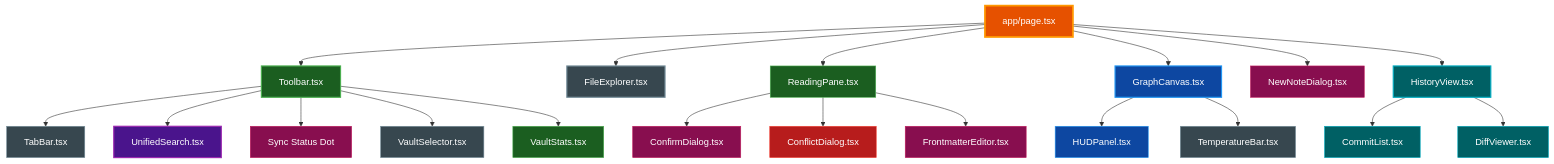
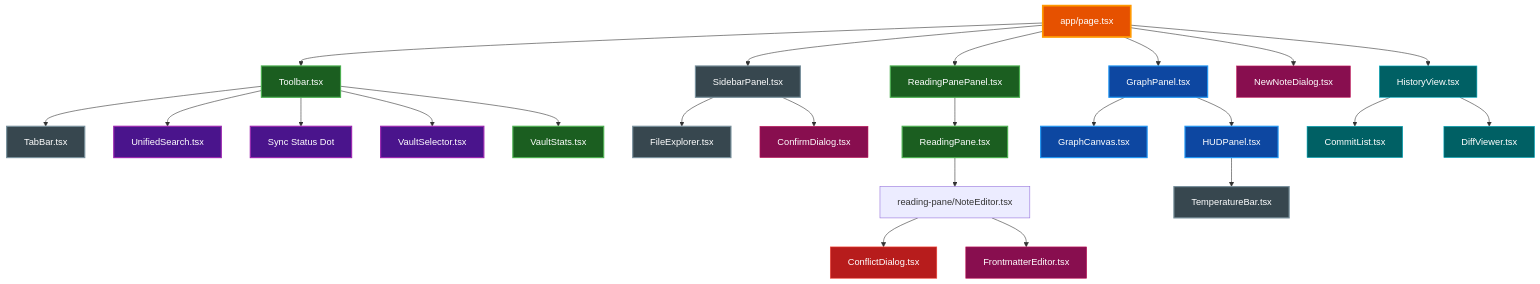
One commit to paulrobello/parsidion changed the second of 4 diagrams in docs/VISUALIZER.md. Above: the diagram before and after it, drawn with Mermaid. The commit also changed other lines of this file and 15 other files, not shown here.

````diff
--- a/docs/VISUALIZER.md
+++ b/docs/VISUALIZER.md
@@ -145,61 +145,67 @@
 ```mermaid
 graph TD
     Page[app/page.tsx]
     Toolbar[Toolbar.tsx]
     TabBar[TabBar.tsx]
     Search[UnifiedSearch.tsx]
     WsIndicator[Sync Status Dot]
     VaultSel[VaultSelector.tsx]
     VaultStats[VaultStats.tsx]
+    SidePanel[SidebarPanel.tsx]
     Sidebar[FileExplorer.tsx]
+    Confirm[ConfirmDialog.tsx]
+    ReadPanel[ReadingPanePanel.tsx]
     ReadPane[ReadingPane.tsx]
+    NoteEditor[reading-pane/NoteEditor.tsx]
+    Conflict[ConflictDialog.tsx]
+    FmEditor[FrontmatterEditor.tsx]
+    GraphPanel[GraphPanel.tsx]
     GraphCanvas[GraphCanvas.tsx]
     HUD[HUDPanel.tsx]
     TempBar[TemperatureBar.tsx]
     NewNote[NewNoteDialog.tsx]
-    Confirm[ConfirmDialog.tsx]
-    Conflict[ConflictDialog.tsx]
-    FmEditor[FrontmatterEditor.tsx]
     HistView[HistoryView.tsx]
     CommitList[CommitList.tsx]
     DiffViewer[DiffViewer.tsx]
 
     Page --> Toolbar
     Toolbar --> TabBar
     Toolbar --> Search
     Toolbar --> WsIndicator
     Toolbar --> VaultSel
     Toolbar --> VaultStats
-    Page --> Sidebar
-    Page --> ReadPane
-    Page --> GraphCanvas
+    Page --> SidePanel
+    Page --> ReadPanel
+    Page --> GraphPanel
     Page --> NewNote
     Page --> HistView
-    ReadPane --> Confirm
-    ReadPane --> Conflict
-    ReadPane --> FmEditor
-    GraphCanvas --> HUD
-    GraphCanvas --> TempBar
+    SidePanel --> Sidebar
+    SidePanel --> Confirm
+    ReadPanel --> ReadPane
+    ReadPane --> NoteEditor
+    NoteEditor --> Conflict
+    NoteEditor --> FmEditor
+    GraphPanel --> GraphCanvas
+    GraphPanel --> HUD
+    HUD --> TempBar
     HistView --> CommitList
     HistView --> DiffViewer
 
-    style Page fill:#e65100,stroke:#ff9800,stroke-width:3px,color:#ffffff
-    style Toolbar fill:#1b5e20,stroke:#4caf50,stroke-width:2px,color:#ffffff
-    style GraphCanvas fill:#0d47a1,stroke:#2196f3,stroke-width:2px,color:#ffffff
-    style HUD fill:#0d47a1,stroke:#2196f3,stroke-width:1px,color:#ffffff
-    style Sidebar fill:#37474f,stroke:#78909c,stroke-width:2px,color:#ffffff
-    style ReadPane fill:#1b5e20,stroke:#4caf50,stroke-width:1px,color:#ffffff
-    style TabBar fill:#37474f,stroke:#78909c,stroke-width:1px,color:#ffffff
-    style Search fill:#4a148c,stroke:#9c27b0,stroke-width:2px,color:#ffffff
-    style WsIndicator fill:#880e4f,stroke:#c2185b,stroke-width:1px,color:#ffffff
-    style VaultSel fill:#37474f,stroke:#78909c,stroke-width:1px,color:#ffffff
-    style VaultStats fill:#1b5e20,stroke:#4caf50,stroke-width:1px,color:#ffffff
-    style TempBar fill:#37474f,stroke:#78909c,stroke-width:1px,color:#ffffff
-    style NewNote fill:#880e4f,stroke:#c2185b,stroke-width:1px,color:#ffffff
-    style Confirm fill:#880e4f,stroke:#c2185b,stroke-width:1px,color:#ffffff
-    style Conflict fill:#b71c1c,stroke:#f44336,stroke-width:1px,color:#ffffff
-    style FmEditor fill:#880e4f,stroke:#c2185b,stroke-width:1px,color:#ffffff
-    style HistView fill:#006064,stroke:#00acc1,stroke-width:2px,color:#ffffff
-    style CommitList fill:#006064,stroke:#00acc1,stroke-width:1px,color:#ffffff
-    style DiffViewer fill:#006064,stroke:#00acc1,stroke-width:1px,color:#ffffff
+    class Page primary
+    class Toolbar,ReadPane,ReadPanel,VaultStats active
+    class GraphCanvas,HUD,GraphPanel graphBlue
+    class SidePanel,Sidebar,TabBar,TempBar neutral
+    class Search,WsIndicator,VaultSel external
+    class NewNote,Confirm,FmEditor dialog
+    class Conflict error
+    class HistView,CommitList,DiffViewer history
+
+    classDef primary fill:#e65100,stroke:#ff9800,stroke-width:3px,color:#ffffff
+    classDef active fill:#1b5e20,stroke:#4caf50,stroke-width:2px,color:#ffffff
+    classDef graphBlue fill:#0d47a1,stroke:#2196f3,stroke-width:2px,color:#ffffff
+    classDef neutral fill:#37474f,stroke:#78909c,stroke-width:2px,color:#ffffff
+    classDef external fill:#4a148c,stroke:#9c27b0,stroke-width:2px,color:#ffffff
+    classDef dialog fill:#880e4f,stroke:#c2185b,stroke-width:1px,color:#ffffff
+    classDef error fill:#b71c1c,stroke:#f44336,stroke-width:1px,color:#ffffff
+    classDef history fill:#006064,stroke:#00acc1,stroke-width:1px,color:#ffffff
 ```
````
